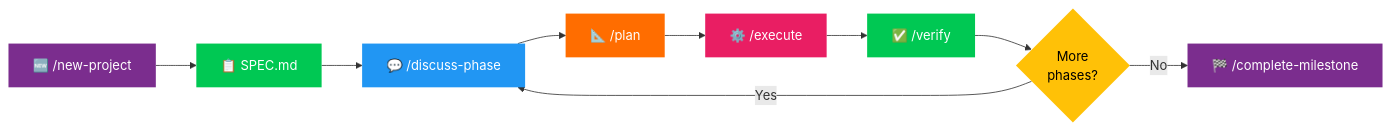
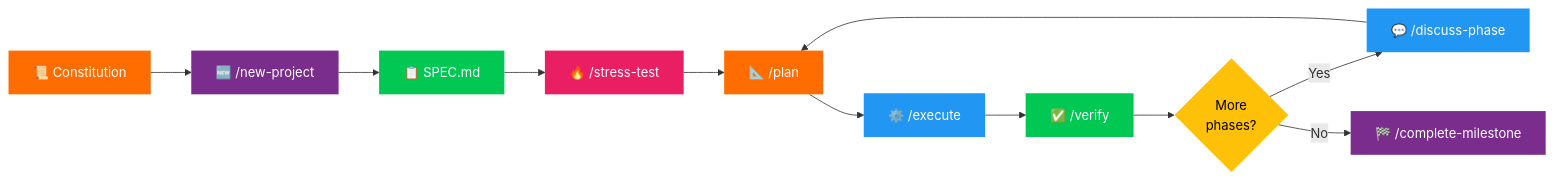
Before and after one commit to ppm98dev/Coding-Workflow: the diagram in README.md, drawn with Mermaid. The commit also changed other lines of this file, not shown here.

Commit message:
feat(phase-1.5): rewrite README with Quantis branding + Phase 1 quality governance features

````diff
--- a/README.md
+++ b/README.md
@@ -116,20 +117,24 @@
 ```mermaid
 graph LR
-    A["🆕 /new-project"] --> B["📋 SPEC.md"]
-    B --> C["💬 /discuss-phase"]
-    C --> D["📐 /plan"]
-    D --> E["⚙️ /execute"]
-    E --> F["✅ /verify"]
-    F --> G{"More\nphases?"}
-    G -- Yes --> C
-    G -- No --> H["🏁 /complete-milestone"]
+    A["📜 Constitution"] --> B["🆕 /new-project"]
+    B --> C["📋 SPEC.md"]
+    C --> D["🔥 /stress-test"]
+    D --> E["📐 /plan"]
+    E --> F["⚙️ /execute"]
+    F --> G["✅ /verify"]
+    G --> H{"More\nphases?"}
+    H -- Yes --> I["💬 /discuss-phase"]
+    I --> E
+    H -- No --> J["🏁 /complete-milestone"]
 
-    style A fill:#7B2D8E,color:#fff,stroke:none
-    style B fill:#00C853,color:#fff,stroke:none
-    style C fill:#2196F3,color:#fff,stroke:none
-    style D fill:#FF6D00,color:#fff,stroke:none
-    style E fill:#E91E63,color:#fff,stroke:none
-    style F fill:#00C853,color:#fff,stroke:none
-    style G fill:#FFC107,color:#000,stroke:none
-    style H fill:#7B2D8E,color:#fff,stroke:none
+    style A fill:#FF6D00,color:#fff,stroke:none
+    style B fill:#7B2D8E,color:#fff,stroke:none
+    style C fill:#00C853,color:#fff,stroke:none
+    style D fill:#E91E63,color:#fff,stroke:none
+    style E fill:#FF6D00,color:#fff,stroke:none
+    style F fill:#2196F3,color:#fff,stroke:none
+    style G fill:#00C853,color:#fff,stroke:none
+    style H fill:#FFC107,color:#000,stroke:none
+    style I fill:#2196F3,color:#fff,stroke:none
+    style J fill:#7B2D8E,color:#fff,stroke:none
 ```
````
